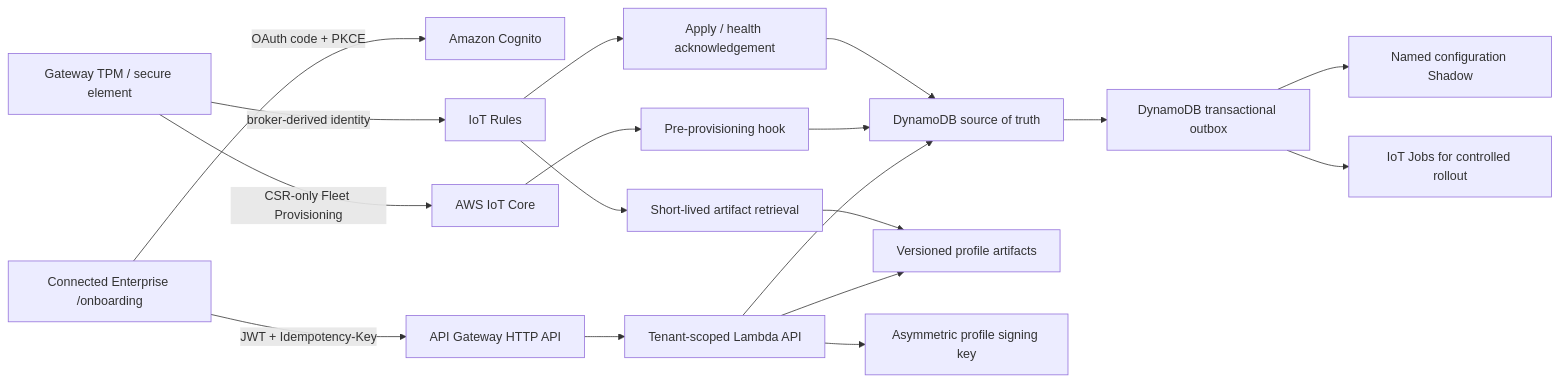
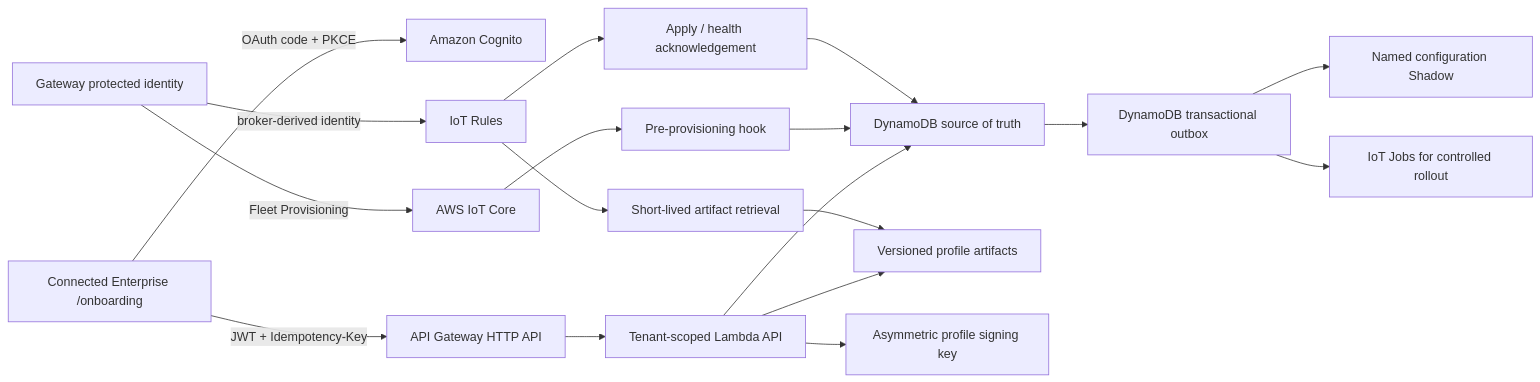
Before and after one commit to HarishPRK/Connected-Enterprise: the diagram in docs/AWS_ONBOARDING.md, drawn with Mermaid. The commit also changed other lines of this file and 37 other files, not shown here.

````diff
--- a/docs/AWS_ONBOARDING.md
+++ b/docs/AWS_ONBOARDING.md
@@ -7,21 +7,21 @@
 ```mermaid
 flowchart LR
   UI["Connected Enterprise /onboarding"] -->|"OAuth code + PKCE"| Cognito["Amazon Cognito"]
   UI -->|"JWT + Idempotency-Key"| API["API Gateway HTTP API"]
   API --> Lambda["Tenant-scoped Lambda API"]
   Lambda --> DDB["DynamoDB source of truth"]
   Lambda --> S3["Versioned profile artifacts"]
   Lambda --> KMS["Asymmetric profile signing key"]
 
-  Gateway["Gateway TPM / secure element"] -->|"CSR-only Fleet Provisioning"| IoT["AWS IoT Core"]
+  Gateway["Gateway protected identity"] -->|"Fleet Provisioning"| IoT["AWS IoT Core"]
   IoT --> Hook["Pre-provisioning hook"]
   Hook --> DDB
   DDB --> Outbox["DynamoDB transactional outbox"]
   Outbox --> Shadow["Named configuration Shadow"]
   Outbox --> Jobs["IoT Jobs for controlled rollout"]
   Gateway -->|"broker-derived identity"| Rules["IoT Rules"]
   Rules --> Config["Short-lived artifact retrieval"]
   Rules --> Status["Apply / health acknowledgement"]
   Config --> S3
   Status --> DDB
 ```
````
